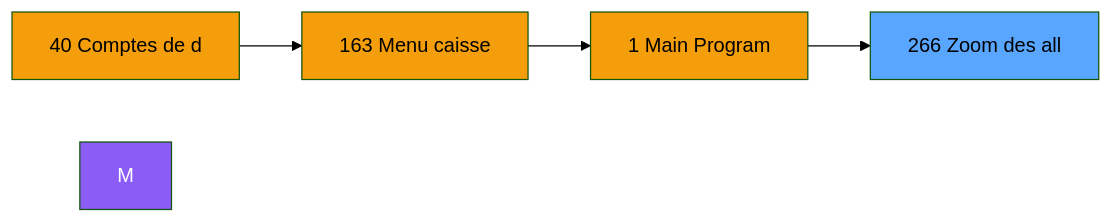
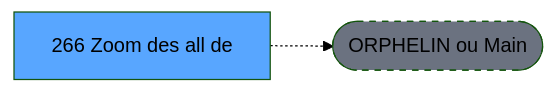
The second of 3 diagrams in .openspec/renders/ADH-IDE-266.md (thonyAGP/lecteur-magic), drawn with Mermaid (forest theme) before and after one commit. The commit also changed other lines of this file and 701 other files, not shown here.

````diff
--- a/.openspec/renders/ADH-IDE-266.md
+++ b/.openspec/renders/ADH-IDE-266.md
@@ -112,15 +117,8 @@
 ```mermaid
 graph LR
-    N40[40 Comptes de d]
-    N163[163 Menu caisse ]
-    N1[1 Main Program]
-    T[266 Zoom des all]
-    N40 --> N163
-    N163 --> N1
-    N1 --> T
-    style M fill:#8b5cf6,color:#fff
-    style N40 fill:#f59e0b
-    style N163 fill:#f59e0b
-    style N1 fill:#f59e0b
+    T[266 Zoom des all de]
+    ORPHAN([ORPHELIN ou Main])
+    T -.-> ORPHAN
     style T fill:#58a6ff,color:#000
+    style ORPHAN fill:#6b7280,stroke-dasharray: 5 5
 ```
````
